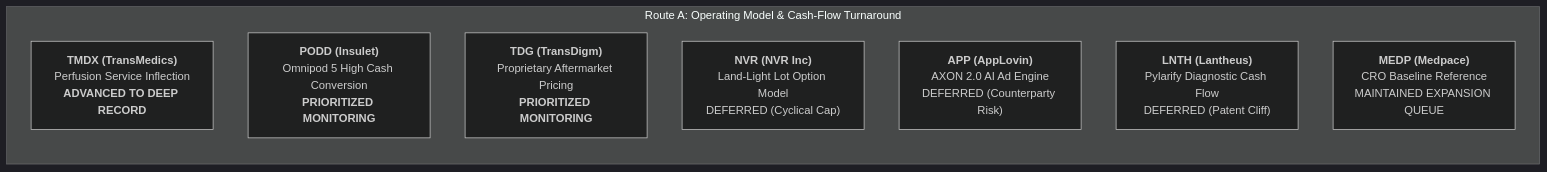
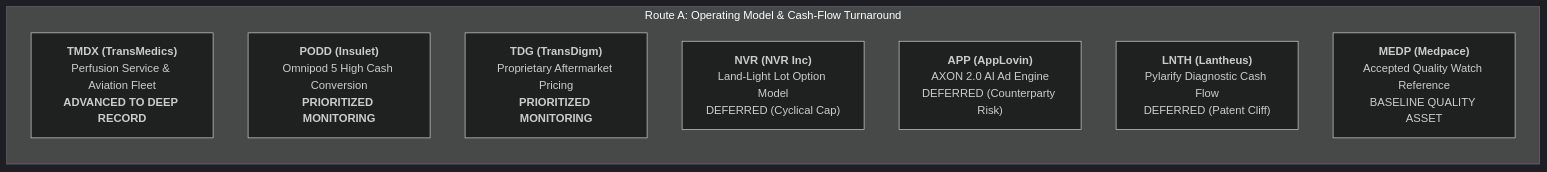
The first of 2 diagrams in docs/research/discovery_cycle_2/SEARCH_UNIVERSE_AND_TRIAGE_MATRIX.md (daakara/finance), drawn with Mermaid (dark theme) before and after one commit. The commit also changed other lines of this file and 6 other files, not shown here.

````diff
--- a/docs/research/discovery_cycle_2/SEARCH_UNIVERSE_AND_TRIAGE_MATRIX.md
+++ b/docs/research/discovery_cycle_2/SEARCH_UNIVERSE_AND_TRIAGE_MATRIX.md
@@ -25,12 +25,12 @@
 ```mermaid
 flowchart LR
     subgraph RouteA_Summary["Route A: Operating Model & Cash-Flow Turnaround"]
-        TMDX["<b>TMDX (TransMedics)</b><br/>Perfusion Service Inflection<br/><b>ADVANCED TO DEEP RECORD</b>"]
+        TMDX["<b>TMDX (TransMedics)</b><br/>Perfusion Service & Aviation Fleet<br/><b>ADVANCED TO DEEP RECORD</b>"]
         PODD["<b>PODD (Insulet)</b><br/>Omnipod 5 High Cash Conversion<br/><b>PRIORITIZED MONITORING</b>"]
         TDG["<b>TDG (TransDigm)</b><br/>Proprietary Aftermarket Pricing<br/><b>PRIORITIZED MONITORING</b>"]
         NVR["<b>NVR (NVR Inc)</b><br/>Land-Light Lot Option Model<br/>DEFERRED (Cyclical Cap)"]
         APP["<b>APP (AppLovin)</b><br/>AXON 2.0 AI Ad Engine<br/>DEFERRED (Counterparty Risk)"]
         LNTH["<b>LNTH (Lantheus)</b><br/>Pylarify Diagnostic Cash Flow<br/>DEFERRED (Patent Cliff)"]
-        MEDP["<b>MEDP (Medpace)</b><br/>CRO Baseline Reference<br/>MAINTAINED EXPANSION QUEUE"]
+        MEDP["<b>MEDP (Medpace)</b><br/>Accepted Quality Watch Reference<br/>BASELINE QUALITY ASSET"]
     end
 ```
````
